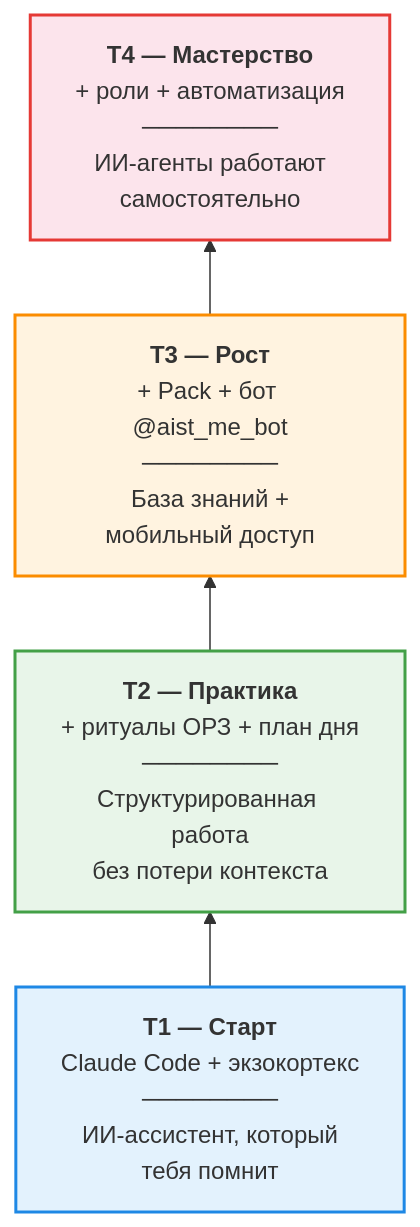
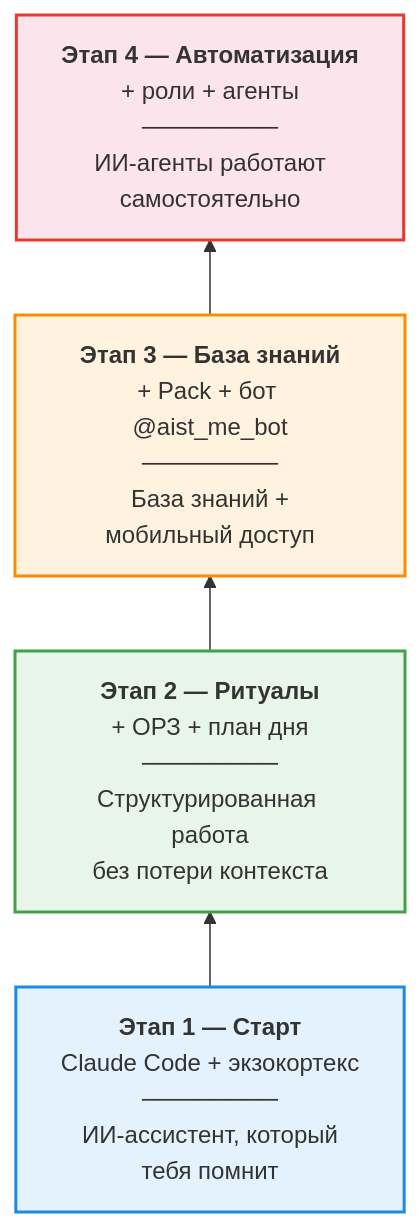
The fifth of 8 diagrams in docs/onboarding/onboarding-diagrams.md (klimentjev/FMT-exocortex-template), drawn with Mermaid before and after one commit. The commit also changed other lines of this file and 41 other files, not shown here.

````diff
--- a/docs/onboarding/onboarding-diagrams.md
+++ b/docs/onboarding/onboarding-diagrams.md
@@ -149,16 +149,16 @@
 ```mermaid
 graph BT
-    T1["<b>T1 — Старт</b><br/>Claude Code + экзокортекс<br/>────────<br/>ИИ-ассистент, который<br/>тебя помнит"]
-    T2["<b>T2 — Практика</b><br/>+ ритуалы ОРЗ + план дня<br/>────────<br/>Структурированная работа<br/>без потери контекста"]
-    T3["<b>T3 — Рост</b><br/>+ Pack + бот @aist_me_bot<br/>────────<br/>База знаний +<br/>мобильный доступ"]
-    T4["<b>T4 — Мастерство</b><br/>+ роли + автоматизация<br/>────────<br/>ИИ-агенты работают<br/>самостоятельно"]
+    E1["<b>Этап 1 — Старт</b><br/>Claude Code + экзокортекс<br/>────────<br/>ИИ-ассистент, который<br/>тебя помнит"]
+    E2["<b>Этап 2 — Ритуалы</b><br/>+ ОРЗ + план дня<br/>────────<br/>Структурированная работа<br/>без потери контекста"]
+    E3["<b>Этап 3 — База знаний</b><br/>+ Pack + бот @aist_me_bot<br/>────────<br/>База знаний +<br/>мобильный доступ"]
+    E4["<b>Этап 4 — Автоматизация</b><br/>+ роли + агенты<br/>────────<br/>ИИ-агенты работают<br/>самостоятельно"]
 
-    T1 --> T2
-    T2 --> T3
-    T3 --> T4
+    E1 --> E2
+    E2 --> E3
+    E3 --> E4
 
-    style T1 fill:#e3f2fd,stroke:#1e88e5,stroke-width:2px
-    style T2 fill:#e8f5e9,stroke:#43a047,stroke-width:2px
-    style T3 fill:#fff3e0,stroke:#fb8c00,stroke-width:2px
-    style T4 fill:#fce4ec,stroke:#e53935,stroke-width:2px
+    style E1 fill:#e3f2fd,stroke:#1e88e5,stroke-width:2px
+    style E2 fill:#e8f5e9,stroke:#43a047,stroke-width:2px
+    style E3 fill:#fff3e0,stroke:#fb8c00,stroke-width:2px
+    style E4 fill:#fce4ec,stroke:#e53935,stroke-width:2px
 ```
````
